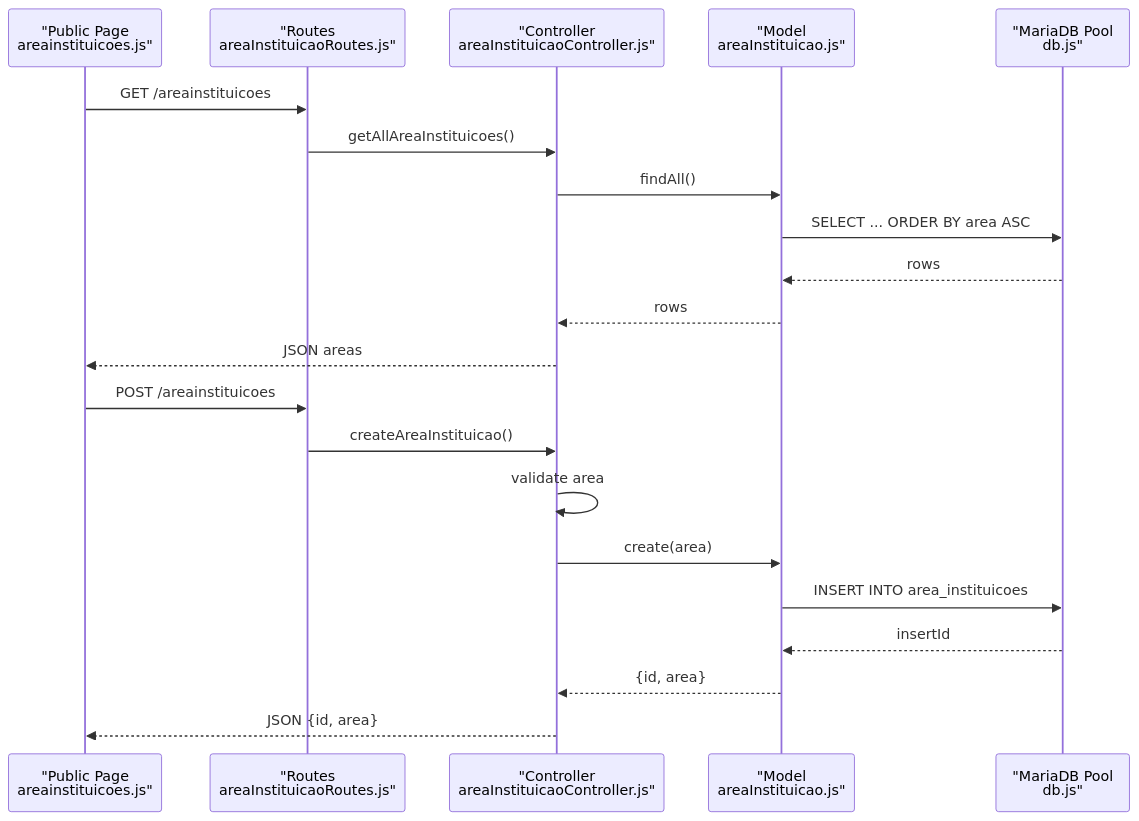
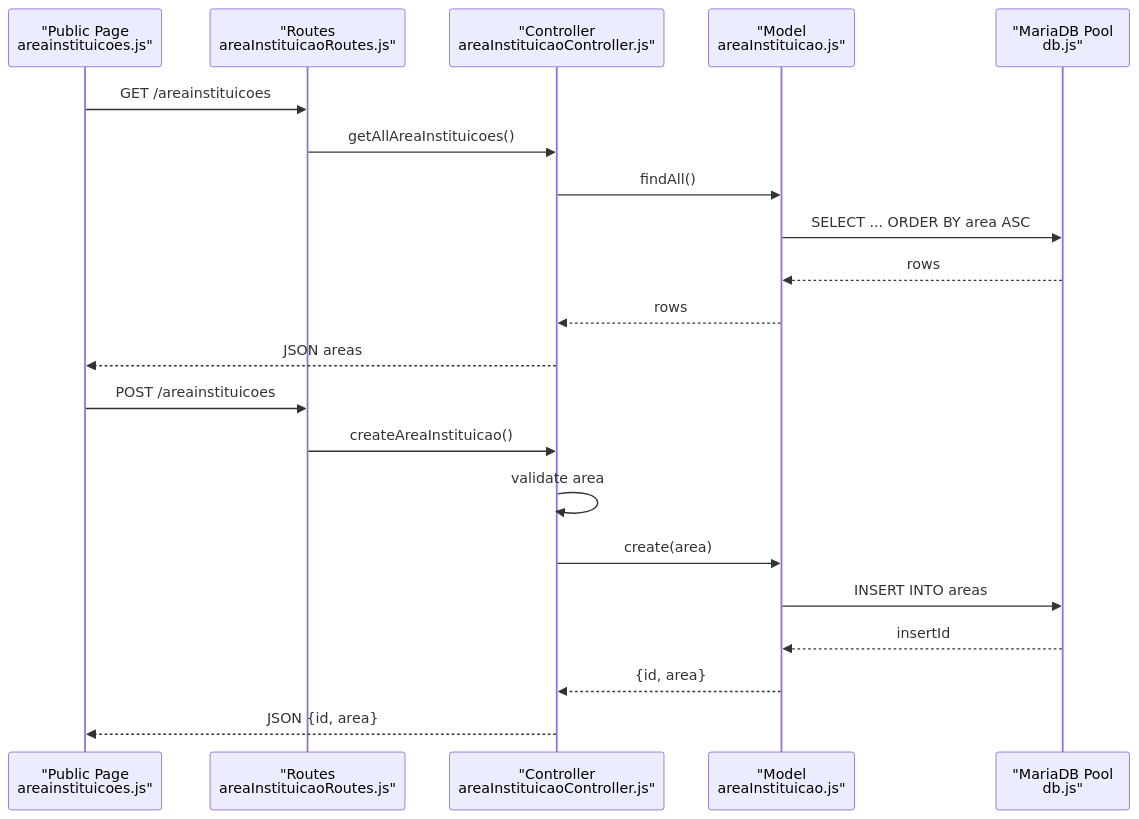
The second of 8 diagrams in .qoder/repowiki/en/content/Data Models & Database Design/Institutional Management Models.md (luiseduacosta/nodemural), drawn with Mermaid before and after one commit. The commit also changed other lines of this file and 26 other files, not shown here.

Commit message:
Change table area_instituicoes to area.

````diff
--- a/.qoder/repowiki/en/content/Data Models & Database Design/Institutional Management Models.md
+++ b/.qoder/repowiki/en/content/Data Models & Database Design/Institutional Management Models.md
@@ -207,23 +207,23 @@
 ```mermaid
 sequenceDiagram
 participant UI as "Public Page<br/>areainstituicoes.js"
 participant Router as "Routes<br/>areaInstituicaoRoutes.js"
 participant Ctrl as "Controller<br/>areaInstituicaoController.js"
 participant Model as "Model<br/>areaInstituicao.js"
 participant DB as "MariaDB Pool<br/>db.js"
 UI->>Router : GET /areainstituicoes
 Router->>Ctrl : getAllAreaInstituicoes()
 Ctrl->>Model : findAll()
 Model->>DB : SELECT ... ORDER BY area ASC
 DB-->>Model : rows
 Model-->>Ctrl : rows
 Ctrl-->>UI : JSON areas
 UI->>Router : POST /areainstituicoes
 Router->>Ctrl : createAreaInstituicao()
 Ctrl->>Ctrl : validate area
 Ctrl->>Model : create(area)
-Model->>DB : INSERT INTO area_instituicoes
+Model->>DB : INSERT INTO areas
 DB-->>Model : insertId
 Model-->>Ctrl : {id, area}
 Ctrl-->>UI : JSON {id, area}
 ```
````
